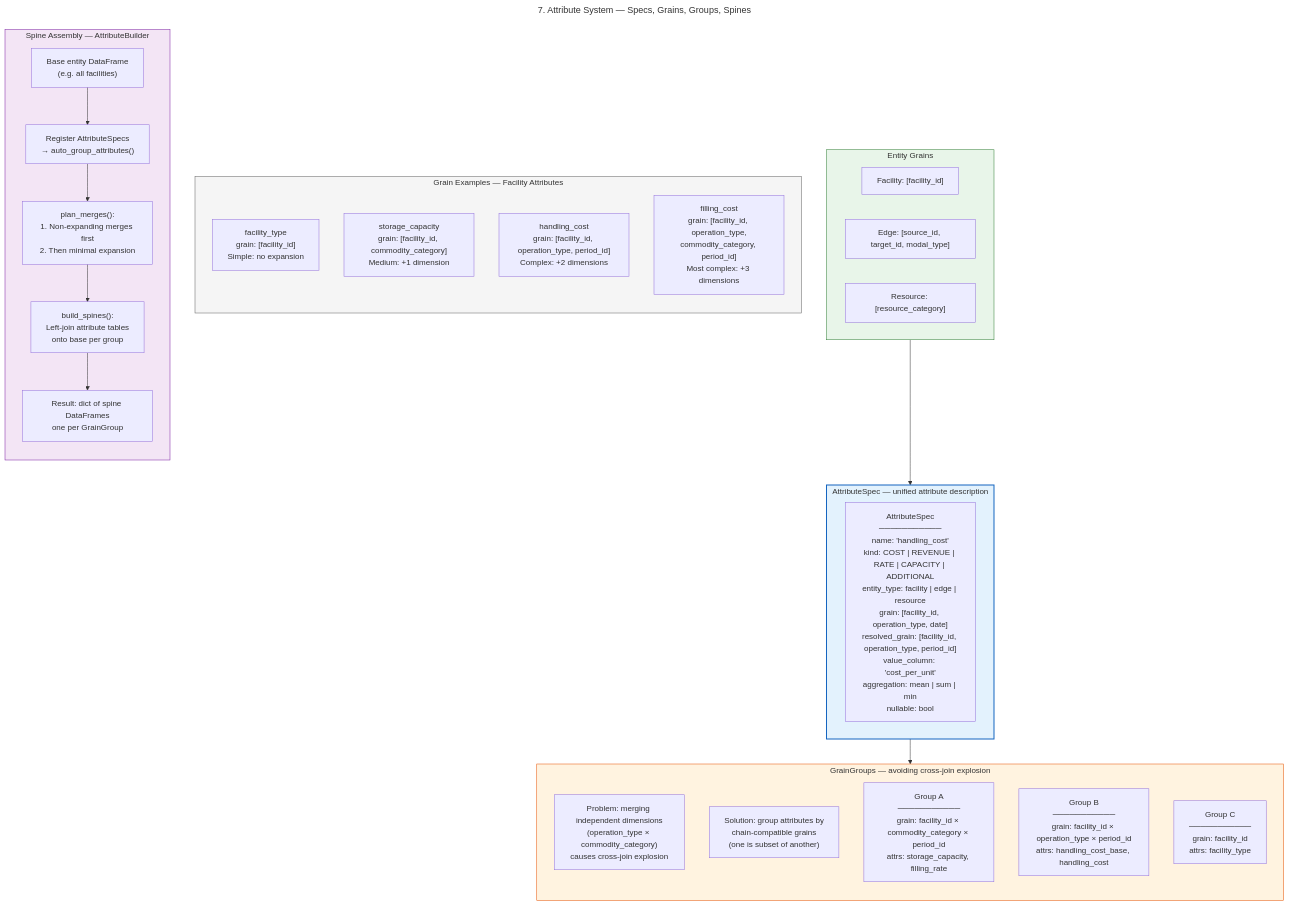
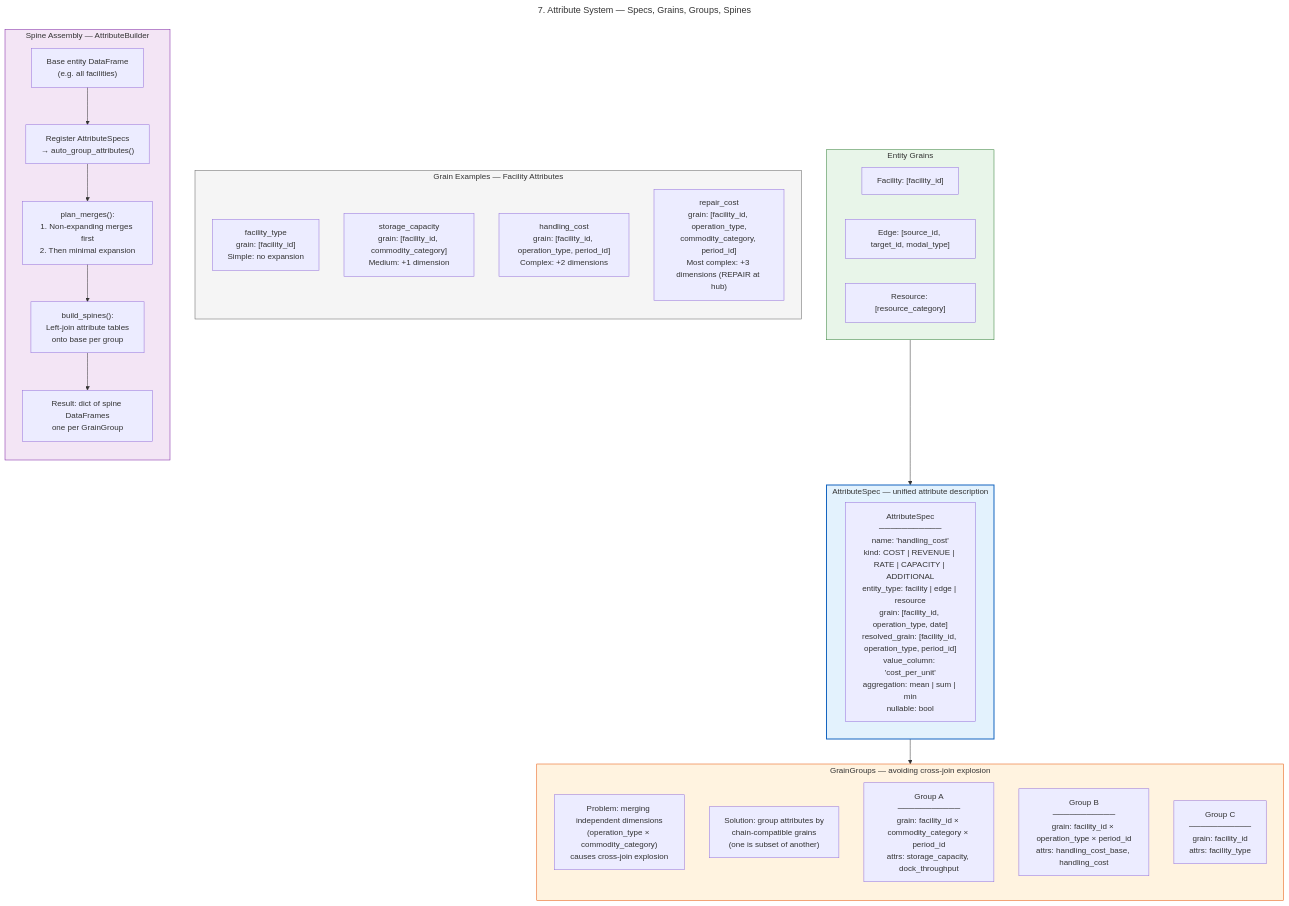
One commit to vlzm/GFDRR changed the diagram in docs/diagrams/07_attribute_system.mermaid. Above: the diagram before and after it, drawn with Mermaid. The commit also changed 8 other files, not shown here.

First line of the commit message:
feat(docs): update architecture and data model documentation for bike-sharing

```diff
--- a/docs/diagrams/07_attribute_system.mermaid
+++ b/docs/diagrams/07_attribute_system.mermaid
@@ -1,56 +1,56 @@
 ---
 title: "7. Attribute System — Specs, Grains, Groups, Spines"
 ---
 
 flowchart TB
     subgraph AttrSpec["AttributeSpec — unified attribute description"]
         Spec["AttributeSpec<br/>───────────<br/>name: 'handling_cost'<br/>kind: COST | REVENUE | RATE | CAPACITY | ADDITIONAL<br/>entity_type: facility | edge | resource<br/>grain: [facility_id, operation_type, date]<br/>resolved_grain: [facility_id, operation_type, period_id]<br/>value_column: 'cost_per_unit'<br/>aggregation: mean | sum | min<br/>nullable: bool"]
     end
 
     subgraph EntityGrains["Entity Grains"]
         EG_fac["Facility: [facility_id]"]
         EG_edge["Edge: [source_id, target_id, modal_type]"]
         EG_res["Resource: [resource_category]"]
     end
 
     subgraph GrainExamples["Grain Examples — Facility Attributes"]
         direction TB
         G1["facility_type<br/>grain: [facility_id]<br/>Simple: no expansion"]
         G2["storage_capacity<br/>grain: [facility_id, commodity_category]<br/>Medium: +1 dimension"]
         G3["handling_cost<br/>grain: [facility_id, operation_type, period_id]<br/>Complex: +2 dimensions"]
-        G4["filling_cost<br/>grain: [facility_id, operation_type,<br/>commodity_category, period_id]<br/>Most complex: +3 dimensions"]
+        G4["repair_cost<br/>grain: [facility_id, operation_type,<br/>commodity_category, period_id]<br/>Most complex: +3 dimensions (REPAIR at hub)"]
     end
 
     subgraph GrainGroups["GrainGroups — avoiding cross-join explosion"]
         direction TB
         GG_problem["Problem: merging independent dimensions<br/>(operation_type × commodity_category)<br/>causes cross-join explosion"]
         GG_solution["Solution: group attributes by<br/>chain-compatible grains<br/>(one is subset of another)"]
-        GroupA["Group A<br/>───────────<br/>grain: facility_id × commodity_category × period_id<br/>attrs: storage_capacity, filling_rate"]
+        GroupA["Group A<br/>───────────<br/>grain: facility_id × commodity_category × period_id<br/>attrs: storage_capacity, dock_throughput"]
         GroupB["Group B<br/>───────────<br/>grain: facility_id × operation_type × period_id<br/>attrs: handling_cost_base, handling_cost"]
         GroupC["Group C<br/>───────────<br/>grain: facility_id<br/>attrs: facility_type"]
     end
 
     subgraph SpineAssembly["Spine Assembly — AttributeBuilder"]
         direction TB
         Base["Base entity DataFrame<br/>(e.g. all facilities)"]
         Register["Register AttributeSpecs<br/>→ auto_group_attributes()"]
         MergePlan["plan_merges():<br/>1. Non-expanding merges first<br/>2. Then minimal expansion"]
         BuildSpine["build_spines():<br/>Left-join attribute tables<br/>onto base per group"]
         Result["Result: dict of spine DataFrames<br/>one per GrainGroup"]
         Base --> Register --> MergePlan --> BuildSpine --> Result
     end
 
     AttrSpec --> GrainGroups
     EntityGrains --> AttrSpec
 
     classDef spec fill:#e3f2fd,stroke:#1565c0,stroke-width:2px
     classDef grains fill:#e8f5e9,stroke:#2e7d32
     classDef examples fill:#f5f5f5,stroke:#616161
     classDef groups fill:#fff3e0,stroke:#e65100
     classDef spine fill:#f3e5f5,stroke:#7b1fa2
 
     class AttrSpec spec
     class EntityGrains grains
     class GrainExamples examples
     class GrainGroups groups
     class SpineAssembly spine
```
